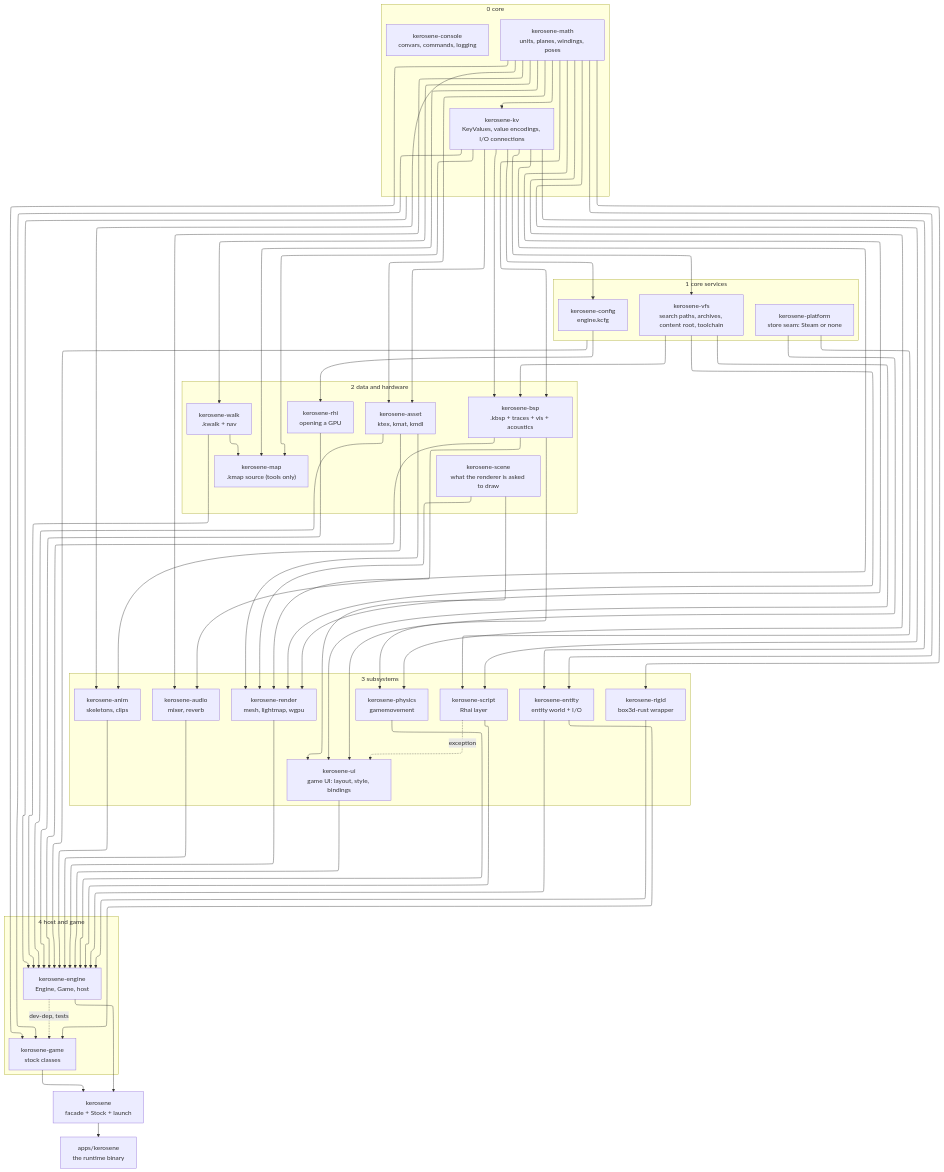
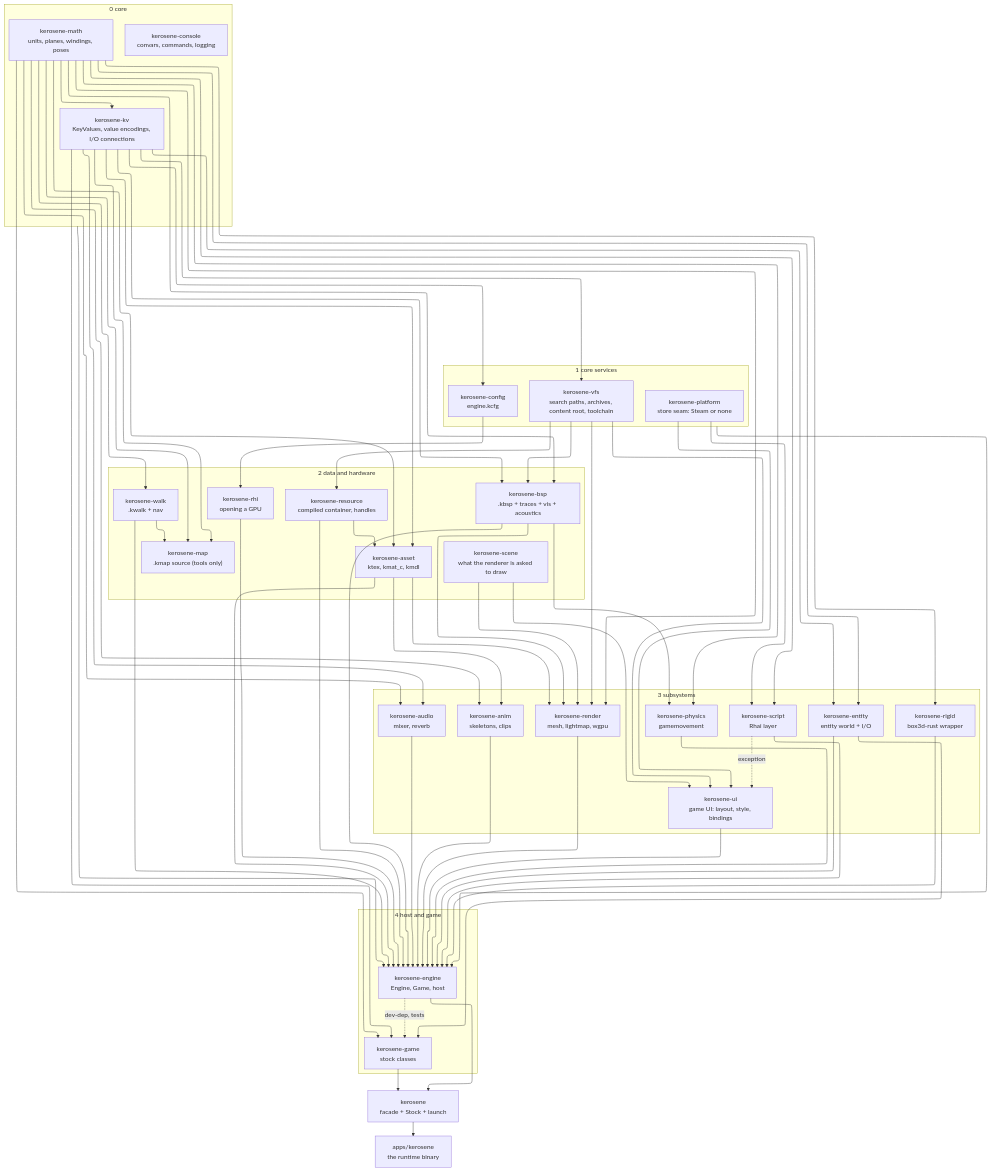
One commit to T342guy/Kerosene changed the first of 3 diagrams in src/devnotes/crate-map.md. Above: the diagram before and after it, drawn with Mermaid. The commit also changed other lines of this file and 89 other files, not shown here.

```diff
--- a/src/devnotes/crate-map.md
+++ b/src/devnotes/crate-map.md
@@ -44,7 +44,8 @@
         platform["kerosene-platform<br/>store seam: Steam or none"]
     end
     subgraph L2["2 data and hardware"]
-        asset["kerosene-asset<br/>ktex, kmat, kmdl"]
+        resource["kerosene-resource<br/>compiled container, handles"]
+        asset["kerosene-asset<br/>ktex, kmat_c, kmdl"]
         bsp["kerosene-bsp<br/>.kbsp + traces + vis + acoustics"]
         walk["kerosene-walk<br/>.kwalk + nav"]
         map["kerosene-map<br/>.kmap source (tools only)"]
@@ -71,8 +72,10 @@
     math --> kv
     kv --> config
     kv --> vfs
+    vfs --> resource
     math --> asset
     kv --> asset
+    resource --> asset
     math --> bsp
     kv --> bsp
     vfs --> bsp
@@ -113,6 +116,7 @@
     entity --> engine
     physics --> engine
     render --> engine
+    resource --> engine
     rhi --> engine
     rigid --> engine
     script --> engine
```
